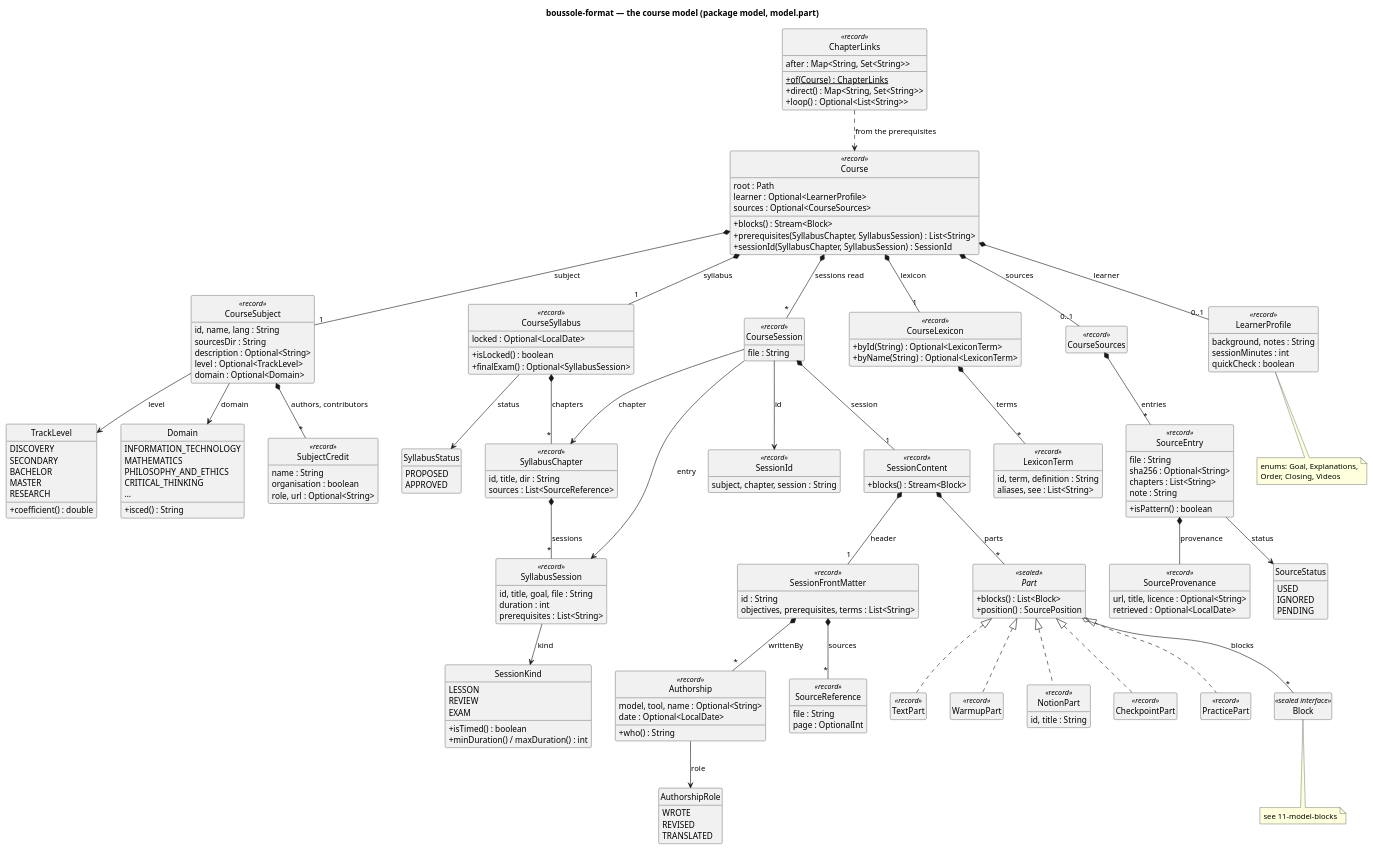
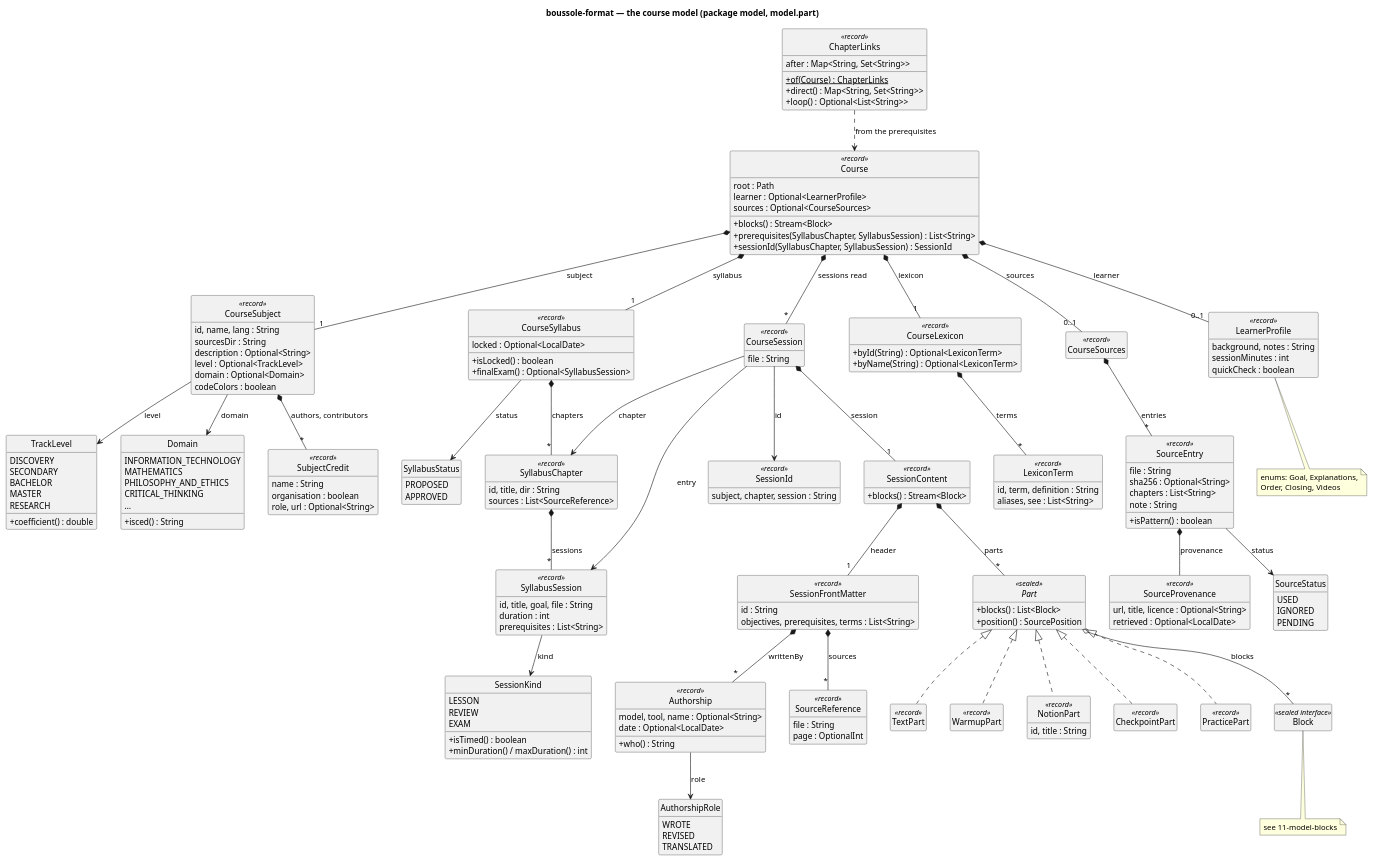
One commit to lucasssoh/Boussole changed the diagram in docs/diagrams/10-model-course.puml. Above: the diagram before and after it, drawn with PlantUML. The commit also changed 53 other files, not shown here.

```diff
--- a/docs/diagrams/10-model-course.puml
+++ b/docs/diagrams/10-model-course.puml
@@ -1,188 +1,189 @@
 @startuml 10-model-course
 skinparam packageStyle rectangle
 skinparam classAttributeIconSize 0
 skinparam nodesep 40
 skinparam ranksep 50
 hide empty members
 hide circle
 title boussole-format — the course model (package model, model.part)
 
 class Course <<record>> {
   root : Path
   learner : Optional<LearnerProfile>
   sources : Optional<CourseSources>
   +blocks() : Stream<Block>
   +prerequisites(SyllabusChapter, SyllabusSession) : List<String>
   +sessionId(SyllabusChapter, SyllabusSession) : SessionId
 }
 class CourseSubject <<record>> {
   id, name, lang : String
   sourcesDir : String
   description : Optional<String>
   level : Optional<TrackLevel>
   domain : Optional<Domain>
+  codeColors : boolean
 }
 enum TrackLevel {
   DISCOVERY
   SECONDARY
   BACHELOR
   MASTER
   RESEARCH
   +coefficient() : double
 }
 enum Domain {
   INFORMATION_TECHNOLOGY
   MATHEMATICS
   PHILOSOPHY_AND_ETHICS
   CRITICAL_THINKING
   …
   +isced() : String
 }
 class CourseSyllabus <<record>> {
   locked : Optional<LocalDate>
   +isLocked() : boolean
   +finalExam() : Optional<SyllabusSession>
 }
 class ChapterLinks <<record>> {
   after : Map<String, Set<String>>
   +{static} of(Course) : ChapterLinks
   +direct() : Map<String, Set<String>>
   +loop() : Optional<List<String>>
 }
 enum SyllabusStatus {
   PROPOSED
   APPROVED
 }
 class SyllabusChapter <<record>> {
   id, title, dir : String
   sources : List<SourceReference>
 }
 class SyllabusSession <<record>> {
   id, title, goal, file : String
   duration : int
   prerequisites : List<String>
 }
 enum SessionKind {
   LESSON
   REVIEW
   EXAM
   +isTimed() : boolean
   +minDuration() / maxDuration() : int
 }
 class SessionId <<record>> {
   subject, chapter, session : String
 }
 class CourseLexicon <<record>> {
   +byId(String) : Optional<LexiconTerm>
   +byName(String) : Optional<LexiconTerm>
 }
 class LexiconTerm <<record>> {
   id, term, definition : String
   aliases, see : List<String>
 }
 class CourseSources <<record>>
 class SourceEntry <<record>> {
   file : String
   sha256 : Optional<String>
   chapters : List<String>
   note : String
   +isPattern() : boolean
 }
 class Authorship <<record>> {
   model, tool, name : Optional<String>
   date : Optional<LocalDate>
   +who() : String
 }
 enum AuthorshipRole {
   WROTE
   REVISED
   TRANSLATED
 }
 class SubjectCredit <<record>> {
   name : String
   organisation : boolean
   role, url : Optional<String>
 }
 class SourceProvenance <<record>> {
   url, title, licence : Optional<String>
   retrieved : Optional<LocalDate>
 }
 enum SourceStatus {
   USED
   IGNORED
   PENDING
 }
 class LearnerProfile <<record>> {
   background, notes : String
   sessionMinutes : int
   quickCheck : boolean
 }
 note bottom of LearnerProfile
   enums: Goal, Explanations,
   Order, Closing, Videos
 end note
 class CourseSession <<record>> {
   file : String
 }
 class SessionContent <<record>> {
   +blocks() : Stream<Block>
 }
 class SessionFrontMatter <<record>> {
   id : String
   objectives, prerequisites, terms : List<String>
 }
 class SourceReference <<record>> {
   file : String
   page : OptionalInt
 }
 
 interface Part <<sealed>> {
   +blocks() : List<Block>
   +position() : SourcePosition
 }
 class TextPart <<record>>
 class WarmupPart <<record>>
 class NotionPart <<record>> {
   id, title : String
 }
 class CheckpointPart <<record>>
 class PracticePart <<record>>
 
 Course *-- "1" CourseSubject : subject
 CourseSubject --> TrackLevel : level
 CourseSubject --> Domain : domain
 Course *-- "1" CourseSyllabus : syllabus
 ChapterLinks ..> Course : from the prerequisites
 Course *-- "1" CourseLexicon : lexicon
 Course *-- "0..1" LearnerProfile : learner
 Course *-- "0..1" CourseSources : sources
 CourseSources *-- "*" SourceEntry : entries
 SourceEntry --> SourceStatus : status
 SourceEntry *-- SourceProvenance : provenance
 Course *-- "*" CourseSession : sessions read
 CourseSyllabus *-- "*" SyllabusChapter : chapters
 CourseSyllabus --> SyllabusStatus : status
 SyllabusChapter *-- "*" SyllabusSession : sessions
 SyllabusSession --> SessionKind : kind
 CourseLexicon *-- "*" LexiconTerm : terms
 CourseSession --> SessionId : id
 CourseSession --> SyllabusChapter : chapter
 CourseSession --> SyllabusSession : entry
 CourseSession *-- "1" SessionContent : session
 SessionContent *-- "1" SessionFrontMatter : header
 SessionContent *-- "*" Part : parts
 SessionFrontMatter *-- "*" SourceReference : sources
 Part <|.. TextPart
 Part <|.. WarmupPart
 Part <|.. NotionPart
 Part <|.. CheckpointPart
 Part <|.. PracticePart
 Part o-- "*" Block : blocks
 
 class Block <<sealed interface>>
 note bottom of Block : see 11-model-blocks
 CourseSubject *-- "*" SubjectCredit : authors, contributors
 SessionFrontMatter *-- "*" Authorship : writtenBy
 Authorship --> AuthorshipRole : role
 
 @enduml
```
